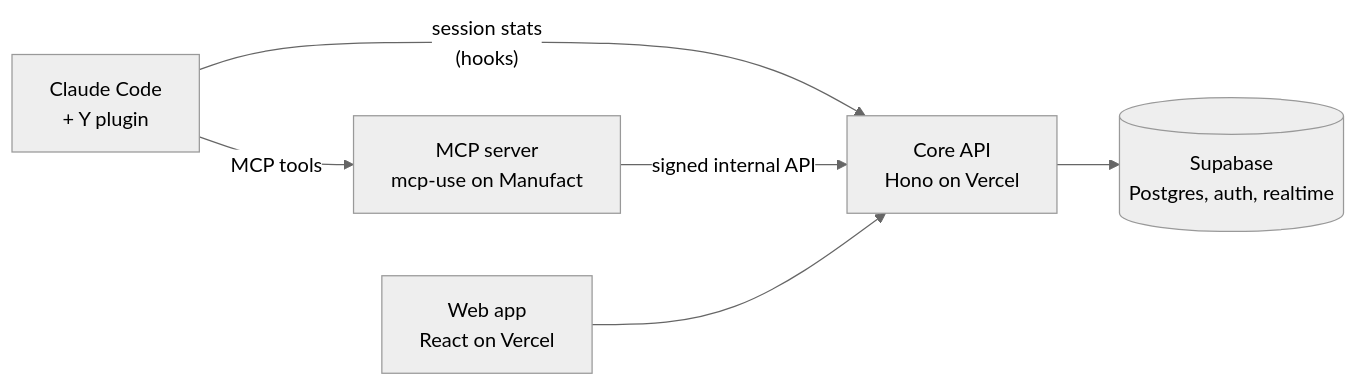
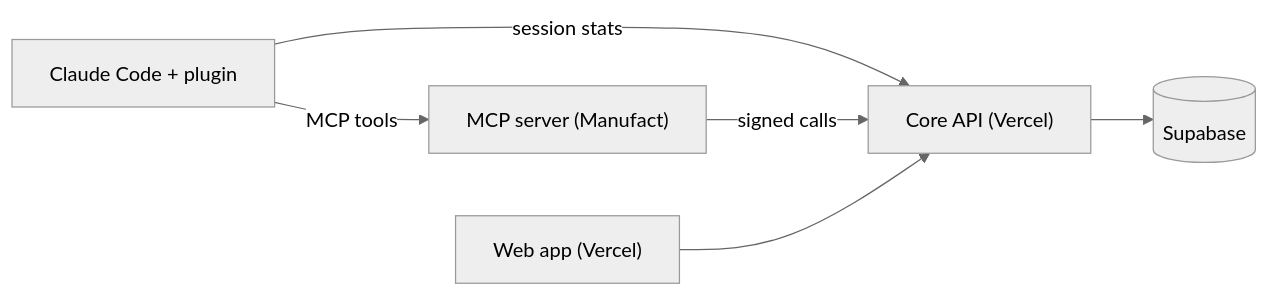
The diagram in README.md (thomas-jichen/Y), drawn with Mermaid (neutral theme) before and after one commit.

Commit message:
Shorter labels in the README diagram so GitHub doesn't clip them

````diff
--- a/README.md
+++ b/README.md
@@ -72,8 +72,8 @@
 ```mermaid
 flowchart LR
-  CC["Claude Code<br/>+ Y plugin"] -- "session stats<br/>(hooks)" --> CORE
-  CC -- "MCP tools" --> MCP["MCP server<br/>mcp-use on Manufact"]
-  MCP -- "signed internal API" --> CORE["Core API<br/>Hono on Vercel"]
-  WEB["Web app<br/>React on Vercel"] --> CORE
-  CORE --> DB[("Supabase<br/>Postgres, auth, realtime")]
+  CC["Claude Code + plugin"] -- "session stats" --> CORE
+  CC -- "MCP tools" --> MCP["MCP server (Manufact)"]
+  MCP -- "signed calls" --> CORE["Core API (Vercel)"]
+  WEB["Web app (Vercel)"] --> CORE
+  CORE --> DB[("Supabase")]
 ```
````
